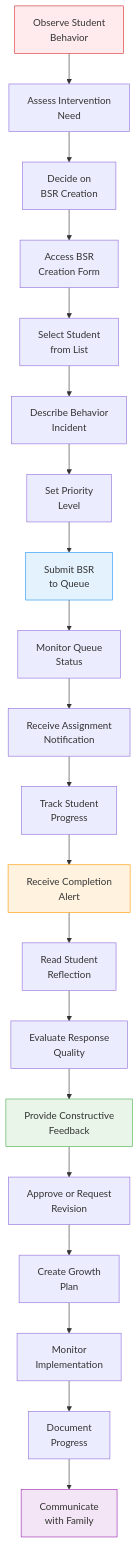
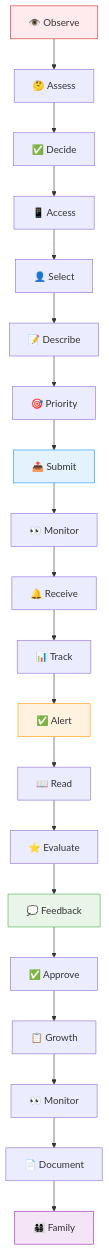
One commit to Splurfa/bx-os changed the first of 5 diagrams in docs/flowcharts/User-Journeys/12-teacher-workflow-journey.md. Above: the diagram before and after it, drawn with Mermaid. The commit also changed other lines of this file and 4 other files, not shown here.

Commit message:
Fix all flowchart text cutoff

````diff
--- a/docs/flowcharts/User-Journeys/12-teacher-workflow-journey.md
+++ b/docs/flowcharts/User-Journeys/12-teacher-workflow-journey.md
@@ -7,28 +7,28 @@
 ```mermaid
 flowchart TD
-    A[Observe Student<br/>Behavior] --> B[Assess Intervention<br/>Need]
-    B --> C[Decide on<br/>BSR Creation]
-    C --> D[Access BSR<br/>Creation Form]
-    D --> E[Select Student<br/>from List]
-    E --> F[Describe Behavior<br/>Incident]
-    F --> G[Set Priority<br/>Level]
-    G --> H[Submit BSR<br/>to Queue]
-    H --> I[Monitor Queue<br/>Status]
-    I --> J[Receive Assignment<br/>Notification]
-    J --> K[Track Student<br/>Progress]
-    K --> L[Receive Completion<br/>Alert]
-    L --> M[Read Student<br/>Reflection]
-    M --> N[Evaluate Response<br/>Quality]
-    N --> O[Provide Constructive<br/>Feedback]
-    O --> P[Approve or Request<br/>Revision]
-    P --> Q[Create Growth<br/>Plan]
-    Q --> R[Monitor<br/>Implementation]
-    R --> S[Document<br/>Progress]
-    S --> T[Communicate<br/>with Family]
+    A[👁️ Observe] --> B[🤔 Assess]
+    B --> C[✅ Decide]
+    C --> D[📱 Access]
+    D --> E[👤 Select]
+    E --> F[📝 Describe]
+    F --> G[🎯 Priority]
+    G --> H[📤 Submit]
+    H --> I[👀 Monitor]
+    I --> J[🔔 Receive]
+    J --> K[📊 Track]
+    K --> L[✅ Alert]
+    L --> M[📖 Read]
+    M --> N[⭐ Evaluate]
+    N --> O[💭 Feedback]
+    O --> P[✅ Approve]
+    P --> Q[📋 Growth]
+    Q --> R[👀 Monitor]
+    R --> S[📄 Document]
+    S --> T[👨‍👩‍👧‍👦 Family]
     
     style A fill:#ffebee,stroke:#d32f2f
     style H fill:#e3f2fd,stroke:#2196f3
     style L fill:#fff3e0,stroke:#ff9800
     style O fill:#e8f5e8,stroke:#4caf50
     style T fill:#f3e5f5,stroke:#9c27b0
 ```
````
